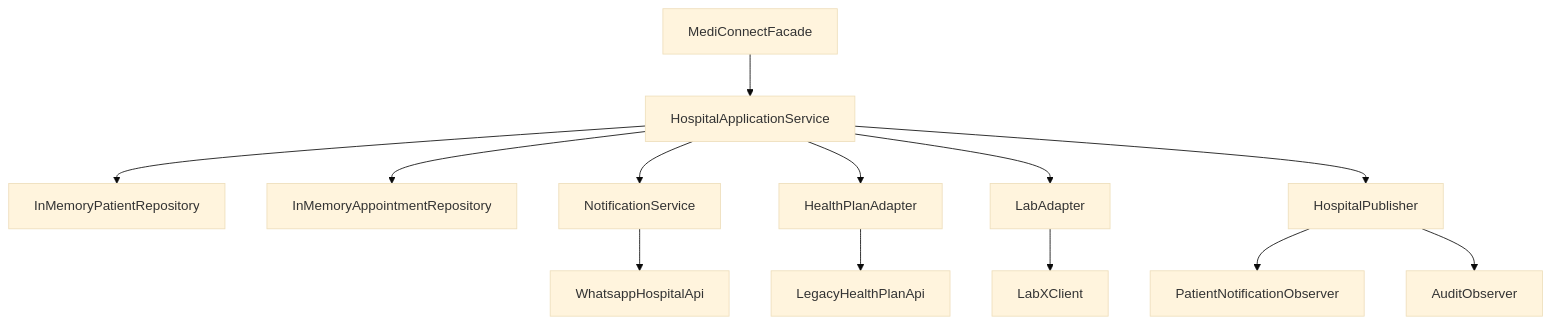
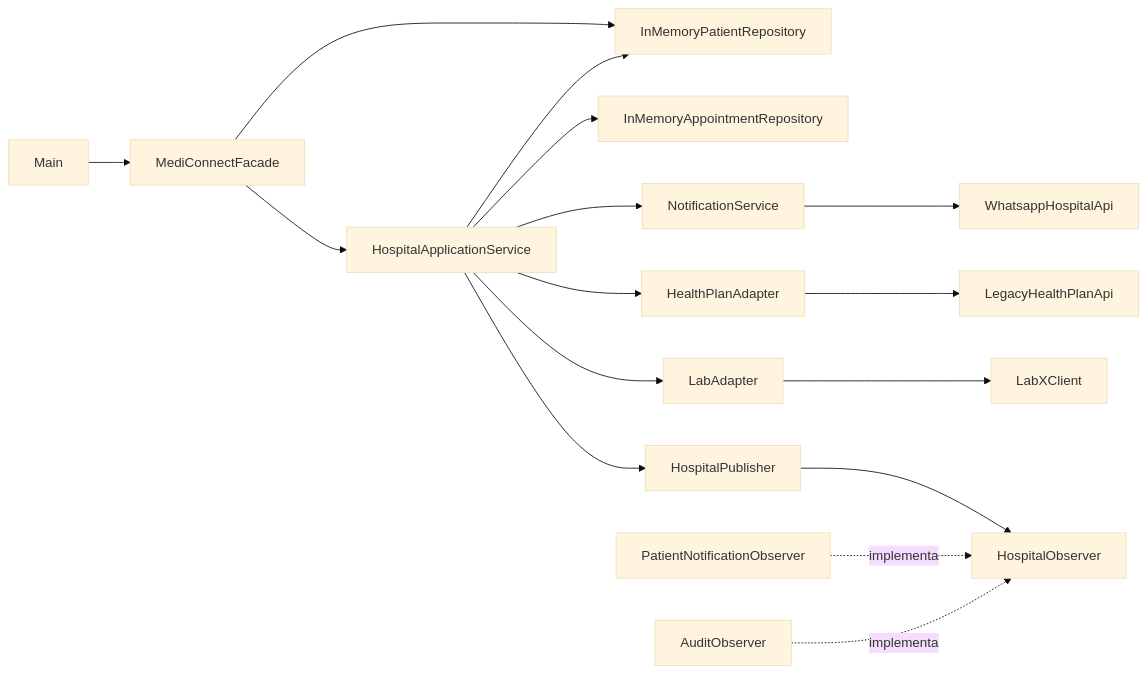
The diagram in MediConnect_Projeto_Aluno/MediConnect_Projeto_Aluno/docs/adr/ADR-0003-componentes-conectores-configuracao.md (Joao-Gabriel-G-Costa/Projeto-Hospital), drawn with Mermaid (base theme) before and after one commit. The commit also changed other lines of this file and 11 other files, not shown here.

````diff
--- a/MediConnect_Projeto_Aluno/MediConnect_Projeto_Aluno/docs/adr/ADR-0003-componentes-conectores-configuracao.md
+++ b/MediConnect_Projeto_Aluno/MediConnect_Projeto_Aluno/docs/adr/ADR-0003-componentes-conectores-configuracao.md
@@ -23,38 +43,49 @@
 ```mermaid
-flowchart TD
+flowchart LR
+
+    Main[Main]
 
     Facade[MediConnectFacade]
+
     Service[HospitalApplicationService]
 
     PatientRepo[InMemoryPatientRepository]
     AppointmentRepo[InMemoryAppointmentRepository]
 
     Notification[NotificationService]
 
     HealthAdapter[HealthPlanAdapter]
     LabAdapter[LabAdapter]
 
-    HealthAPI[LegacyHealthPlanApi]
+    HealthLegacy[LegacyHealthPlanApi]
     LabClient[LabXClient]
     WhatsApp[WhatsappHospitalApi]
 
     Publisher[HospitalPublisher]
+
+    Observer[HospitalObserver]
     PatientObserver[PatientNotificationObserver]
-    AuditObserver[AuditObserver]
+    Audit[AuditObserver]
 
+    Main --> Facade
+
+    Facade --> PatientRepo
     Facade --> Service
 
     Service --> PatientRepo
     Service --> AppointmentRepo
     Service --> Notification
     Service --> HealthAdapter
     Service --> LabAdapter
     Service --> Publisher
 
-    HealthAdapter --> HealthAPI
-    LabAdapter --> LabClient
     Notification --> WhatsApp
 
-    Publisher --> PatientObserver
-    Publisher --> AuditObserver
+    HealthAdapter --> HealthLegacy
+    LabAdapter --> LabClient
+
+    Publisher --> Observer
+
+    PatientObserver -. implementa .-> Observer
+    Audit -. implementa .-> Observer
 ```
````
